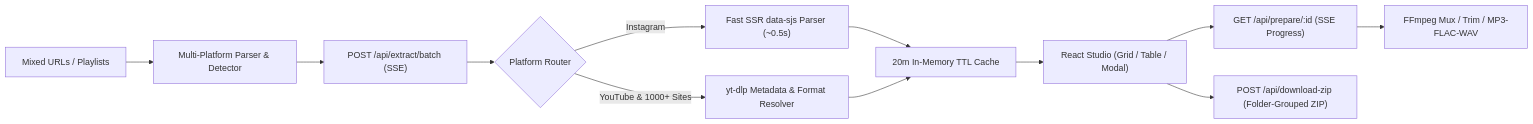
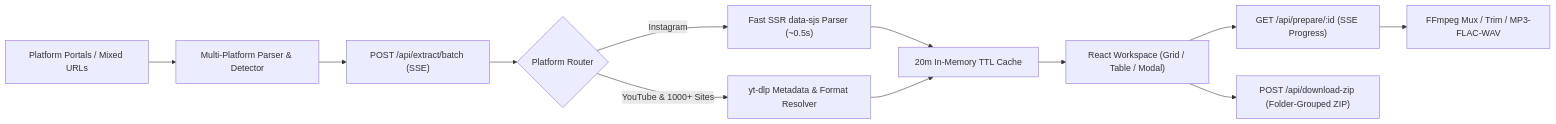
One commit to i-m-champion/LinkDrop changed the diagram in README.md. Above: the diagram before and after it, drawn with Mermaid. The commit also changed other lines of this file and 13 other files, not shown here.

````diff
--- a/README.md
+++ b/README.md
@@ -80,14 +80,14 @@
 ```mermaid
 flowchart LR
-    A["Mixed URLs / Playlists"] --> B["Multi-Platform Parser & Detector"]
+    A["Platform Portals / Mixed URLs"] --> B["Multi-Platform Parser & Detector"]
     B --> C["POST /api/extract/batch (SSE)"]
     C --> D{"Platform Router"}
     D -->|Instagram| E1["Fast SSR data-sjs Parser (~0.5s)"]
     D -->|YouTube & 1000+ Sites| E2["yt-dlp Metadata & Format Resolver"]
     E1 --> F["20m In-Memory TTL Cache"]
     E2 --> F
-    F --> G["React Studio (Grid / Table / Modal)"]
+    F --> G["React Workspace (Grid / Table / Modal)"]
     G --> H["GET /api/prepare/:id (SSE Progress)"]
     H --> I["FFmpeg Mux / Trim / MP3-FLAC-WAV"]
     G --> J["POST /api/download-zip (Folder-Grouped ZIP)"]
 ```
````
